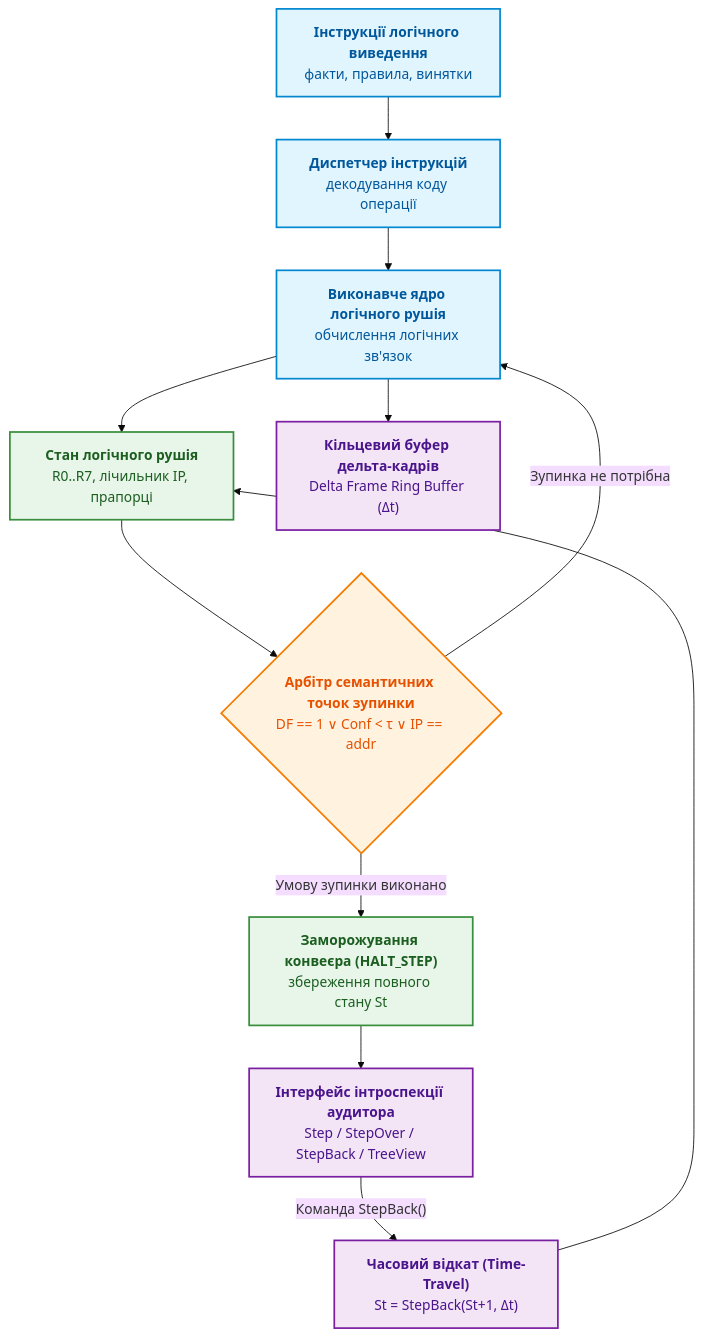
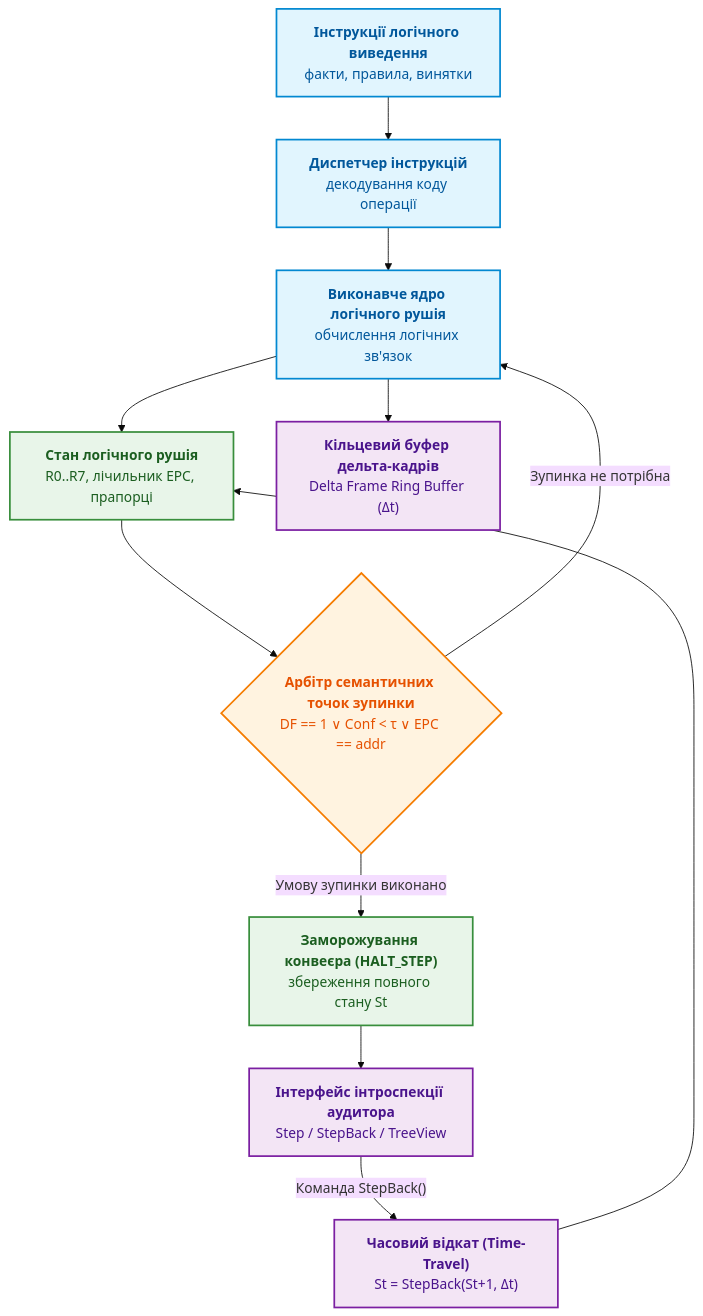
One commit to nick-fedchik/articles changed the fourth of 7 diagrams in ExpertSystem/ch20-explanation-engine.md. Above: the diagram before and after it, drawn with Mermaid (base theme). The commit also changed other lines of this file and 23 other files, not shown here.

````diff
--- a/ExpertSystem/ch20-explanation-engine.md
+++ b/ExpertSystem/ch20-explanation-engine.md
@@ -231,29 +231,29 @@
 ```mermaid
 flowchart TD
     accTitle: Архітектура налагоджувача логічного виведення з часовим відкатом
     accDescr: Покрокове виконання інструкцій мікрокоду знань із фіксацією дельта-кадрів у кільцевому буфері та миттєвою часовою навігацією.
 
     Bytecode["<b>Інструкції логічного виведення</b><br/>факти, правила, винятки"] --> Dispatcher["<b>Диспетчер інструкцій</b><br/>декодування коду операції"]
     Dispatcher --> Exec["<b>Виконавче ядро логічного рушія</b><br/>обчислення логічних зв'язок"]
     
-    Exec --> RegFile["<b>Стан логічного рушія</b><br/>R0..R7, лічильник IP, прапорці"]
+    Exec --> RegFile["<b>Стан логічного рушія</b><br/>R0..R7, лічильник EPC, прапорці"]
     Exec --> DeltaLog["<b>Кільцевий буфер дельта-кадрів</b><br/>Delta Frame Ring Buffer (Δt)"]
     
-    RegFile --> Arbiter{"<b>Арбітр семантичних точок зупинки</b><br/>DF == 1 ∨ Conf < τ ∨ IP == addr"}
+    RegFile --> Arbiter{"<b>Арбітр семантичних точок зупинки</b><br/>DF == 1 ∨ Conf < τ ∨ EPC == addr"}
     Arbiter -- Умову зупинки виконано --> Freeze["<b>Заморожування конвеєра (HALT_STEP)</b><br/>збереження повного стану St"]
     Arbiter -- Зупинка не потрібна --> Exec
     
-    Freeze --> CLI["<b>Інтерфейс інтроспекції аудитора</b><br/>Step / StepOver / StepBack / TreeView"]
+    Freeze --> CLI["<b>Інтерфейс інтроспекції аудитора</b><br/>Step / StepBack / TreeView"]
     CLI -->|"Команда StepBack()"| Rewind["<b>Часовий відкат (Time-Travel)</b><br/>St = StepBack(St+1, Δt)"]
     Rewind --> RegFile
 
     classDef src fill:#e1f5fe,stroke:#0288d1,stroke-width:2px,color:#01579b;
     classDef check fill:#fff3e0,stroke:#f57c00,stroke-width:2px,color:#e65100;
     classDef ctrl fill:#f3e5f5,stroke:#7b1fa2,stroke-width:2px,color:#4a148c;
     classDef ok fill:#e8f5e9,stroke:#388e3c,stroke-width:2px,color:#1b5e20;
 
     class Bytecode,Dispatcher,Exec src;
     class Arbiter check;
     class DeltaLog,Rewind,CLI ctrl;
     class RegFile,Freeze ok;
 ```
````
